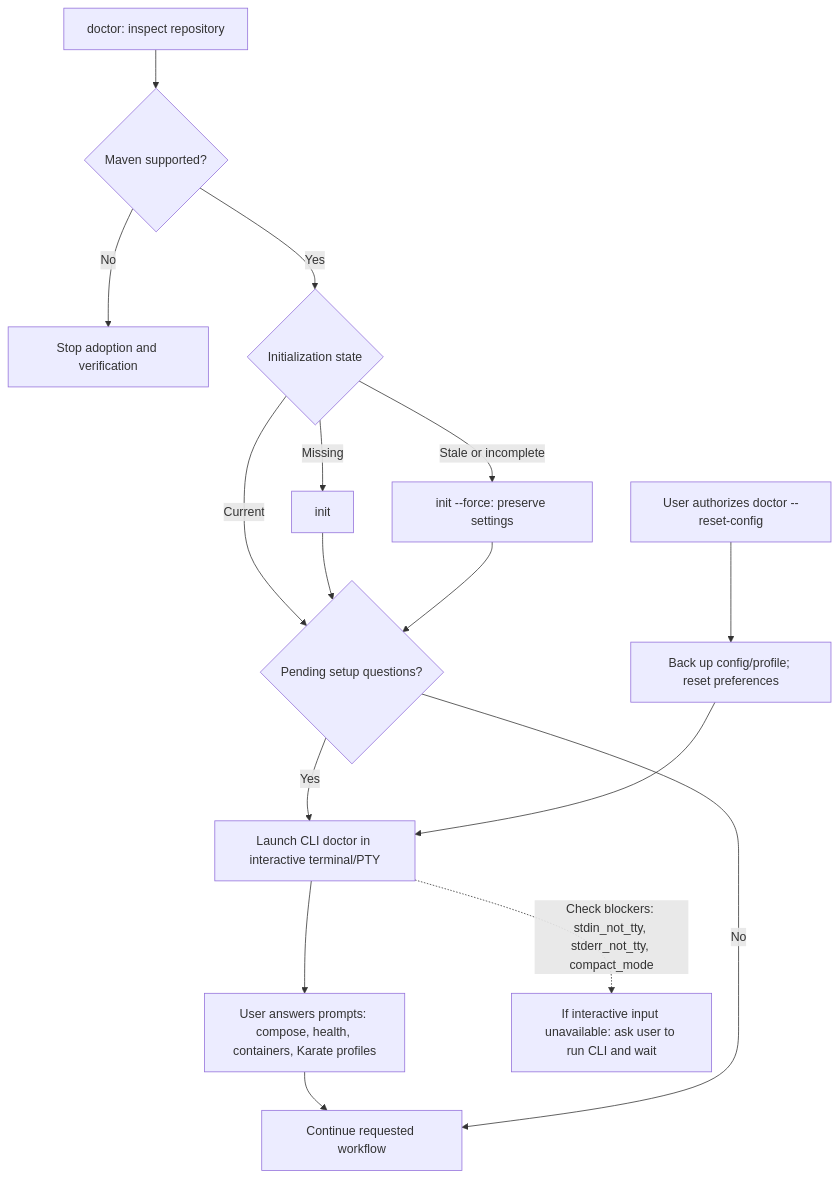
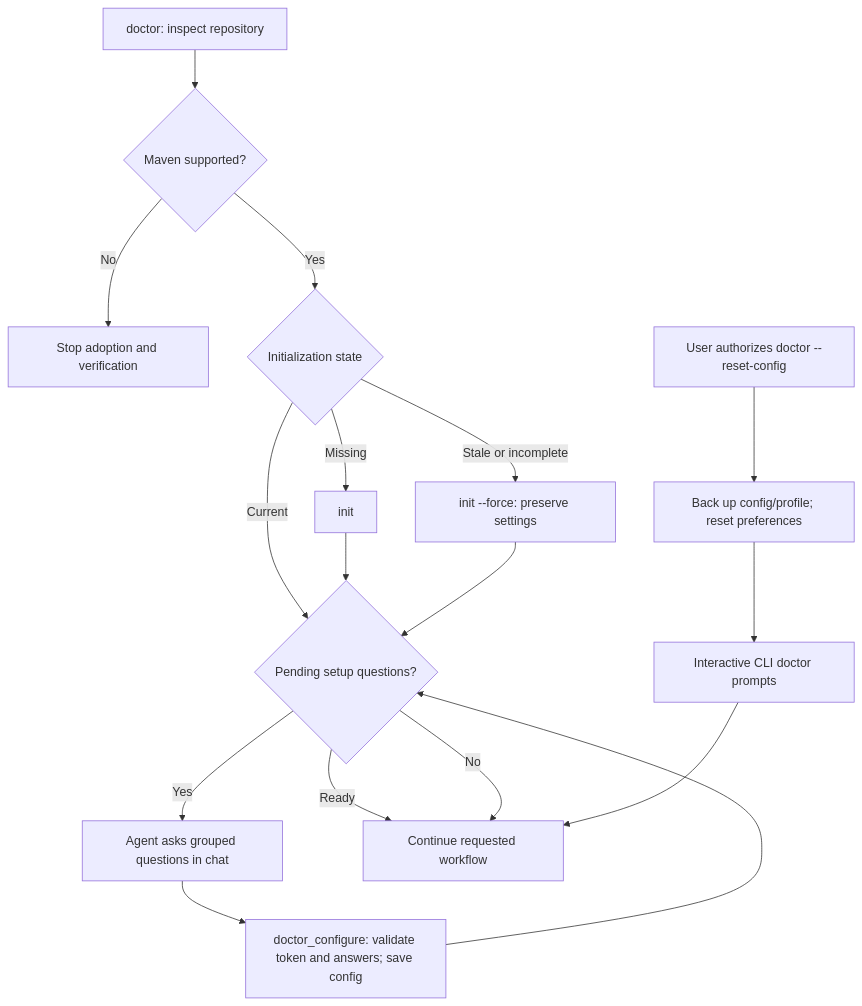
The first of 4 diagrams in docs/workflow-guidance.md (antonillos/makevn), drawn with Mermaid before and after one commit. The commit also changed 21 other files, not shown here.

````diff
--- a/docs/workflow-guidance.md
+++ b/docs/workflow-guidance.md
@@ -8,18 +8,19 @@
 ```mermaid
 flowchart TD
     D[doctor: inspect repository] --> S{Maven supported?}
     S -->|No| STOP[Stop adoption and verification]
     S -->|Yes| I{Initialization state}
     I -->|Missing| INIT[init]
     I -->|Stale or incomplete| FORCE[init --force: preserve settings]
     I -->|Current| Q{Pending setup questions?}
     INIT --> Q
     FORCE --> Q
-    Q -->|Yes| CLI[Launch CLI doctor in interactive terminal/PTY]
-    CLI --> USER[User answers prompts: compose, health, containers, Karate profiles]
-    USER --> READY[Continue requested workflow]
+    Q -->|Yes| USER[Agent asks grouped questions in chat]
+    USER --> APPLY[doctor_configure: validate token and answers; save config]
+    APPLY --> Q
+    Q -->|Ready| READY[Continue requested workflow]
     Q -->|No| READY
     RESET[User authorizes doctor --reset-config] --> BACKUP[Back up config/profile; reset preferences]
-    BACKUP --> CLI
-    CLI -. Check blockers: stdin_not_tty, stderr_not_tty, compact_mode .-> INPUT[If interactive input unavailable: ask user to run CLI and wait]
+    BACKUP --> CLI[Interactive CLI doctor prompts]
+    CLI --> READY
 ```
````
